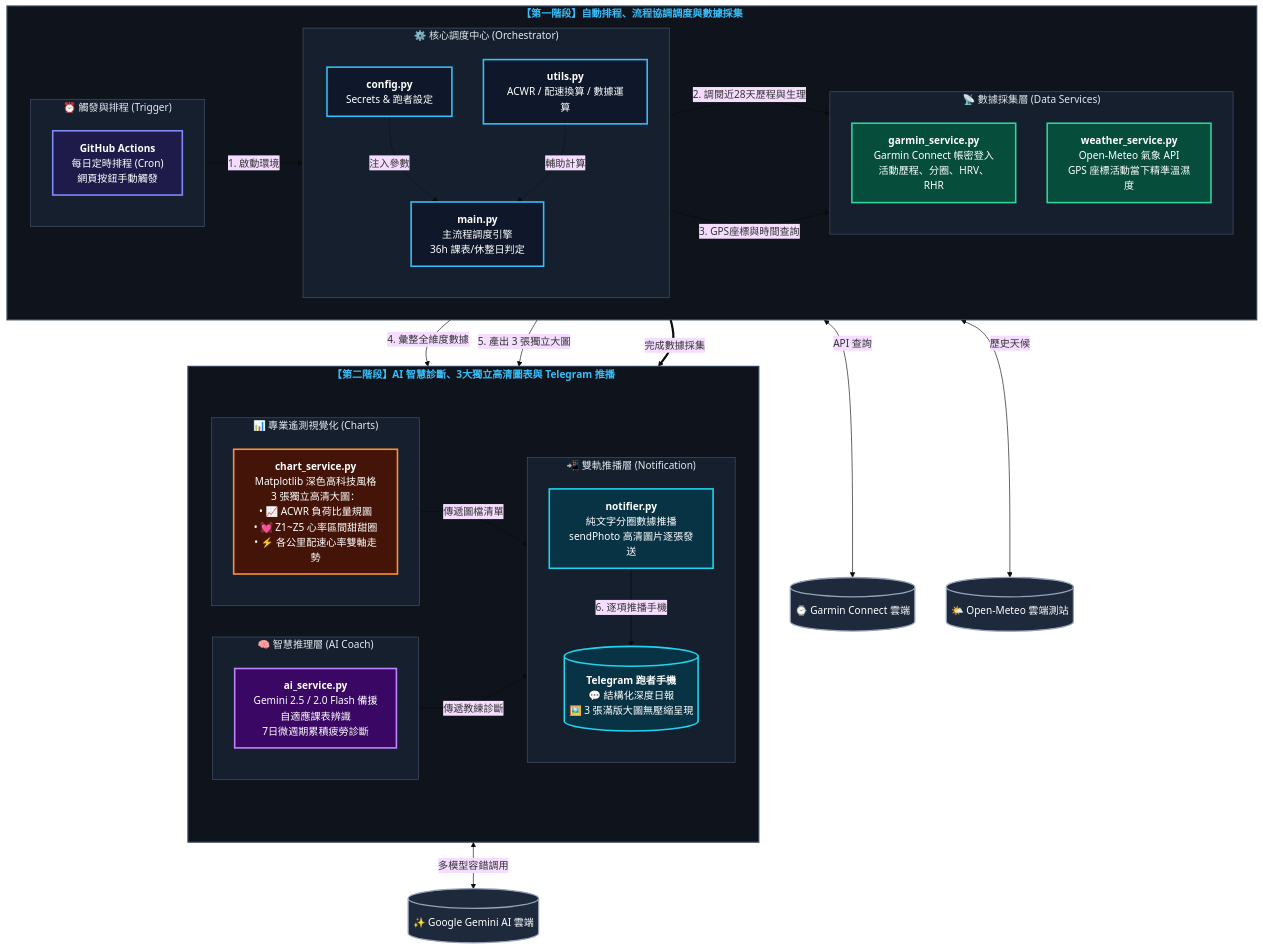
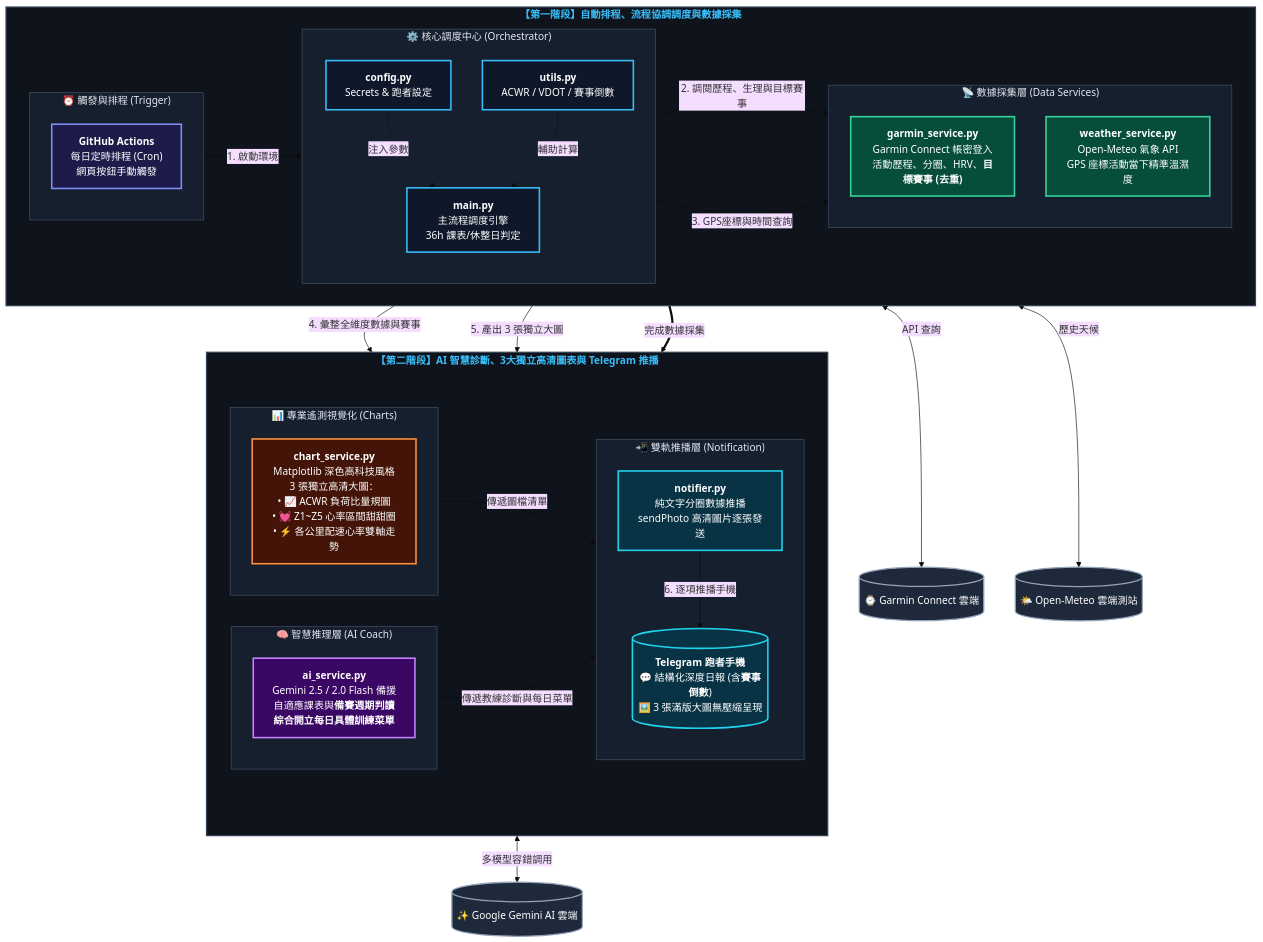
The diagram in README.md (flin1009/AI_Coach), drawn with Mermaid (base theme) before and after one commit. The commit also changed other lines of this file, not shown here.

Commit message:
docs: update README with target races, deduplication, AI daily training menu, and system architecture

```diff
--- a/README.md
+++ b/README.md
@@ -35,12 +35,12 @@
             direction TB
             MAIN["<b>main.py</b><br/>主流程調度引擎<br/>36h 課表/休整日判定"]
             CONF["<b>config.py</b><br/>Secrets & 跑者設定"]
-            UTIL["<b>utils.py</b><br/>ACWR / 配速換算 / 數據運算"]
+            UTIL["<b>utils.py</b><br/>ACWR / VDOT / 賽事倒數"]
         end
 
         subgraph G_DATA["📡 數據採集層 (Data Services)"]
             direction TB
-            GARMIN["<b>garmin_service.py</b><br/>Garmin Connect 帳密登入<br/>活動歷程、分圈、HRV、RHR"]
+            GARMIN["<b>garmin_service.py</b><br/>Garmin Connect 帳密登入<br/>活動歷程、分圈、HRV、<b>目標賽事 (去重)</b>"]
             WEATHER["<b>weather_service.py</b><br/>Open-Meteo 氣象 API<br/>GPS 座標活動當下精準溫濕度"]
         end
     end
@@ -50,7 +50,7 @@
         direction LR
         subgraph G_AI["🧠 智慧推理層 (AI Coach)"]
             direction TB
-            AI["<b>ai_service.py</b><br/>Gemini 2.5 / 2.0 Flash 備援<br/>自適應課表辨識<br/>7日微週期累積疲勞診斷"]
+            AI["<b>ai_service.py</b><br/>Gemini 2.5 / 2.0 Flash 備援<br/>自適應課表與<b>備賽週期判讀</b><br/><b>綜合開立每日具體訓練菜單</b>"]
         end
 
         subgraph G_CHART["📊 專業遙測視覺化 (Charts)"]
@@ -61,7 +61,7 @@
         subgraph G_PUSH["📲 雙軌推播層 (Notification)"]
             direction TB
             NOTIFY["<b>notifier.py</b><br/>純文字分圈數據推播<br/>sendPhoto 高清圖片逐張發送"]
-            TG[("<b>Telegram 跑者手機</b><br/>💬 結構化深度日報<br/>🖼️ 3 張滿版大圖無壓縮呈現")]
+            TG[("<b>Telegram 跑者手機</b><br/>💬 結構化深度日報 (含<b>賽事倒數</b>)<br/>🖼️ 3 張滿版大圖無壓縮呈現")]
         end
     end
 
@@ -75,20 +75,20 @@
     CONF -.->|注入參數| MAIN
     UTIL -.->|輔助計算| MAIN
 
-    MAIN -->|2. 調閱近28天歷程與生理| GARMIN
+    MAIN -->|2. 調閱歷程、生理與目標賽事| GARMIN
     GARMIN <-->|API 查詢| GARMIN_CLOUD
 
     MAIN -->|3. GPS座標與時間查詢| WEATHER
     WEATHER <-->|歷史天候| METEO_CLOUD
 
-    MAIN -->|4. 彙整全維度數據| AI
+    MAIN -->|4. 彙整全維度數據與賽事| AI
     AI <-->|多模型容錯調用| GEMINI_CLOUD
 
     MAIN -->|5. 產出 3 張獨立大圖| CHART
     STAGE1 ==>|完成數據採集| STAGE2
 
     CHART -->|傳遞圖檔清單| NOTIFY
-    AI -->|傳遞教練診斷| NOTIFY
+    AI -->|傳遞教練診斷與每日菜單| NOTIFY
     NOTIFY -->|6. 逐項推播手機| TG
 
     %% 高對比、大字體樣式定義 (深色高對比底色 + 純白粗體字，保證在 GitHub 淺色/深色模式下皆極度清晰)
```
